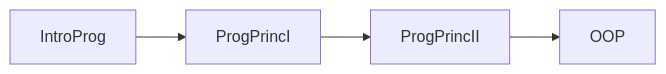
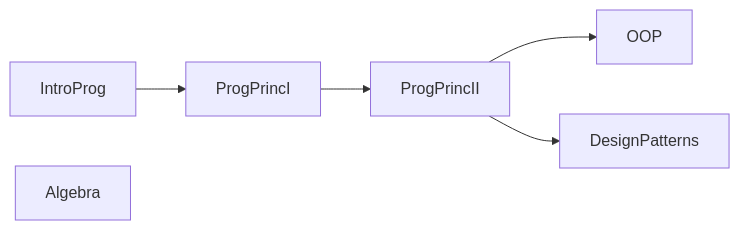
The first of 3 diagrams in README.md (BenagainB/CSDegreeInPython), drawn with Mermaid before and after one commit. The commit also changed other lines of this file, not shown here.

Commit message:
update mermaid

````diff
--- a/README.md
+++ b/README.md
@@ -31,6 +32,8 @@
 ```mermaid
 graph LR;
     IntroProg-->ProgPrincI;
     ProgPrincI-->ProgPrincII;
     ProgPrincII-->OOP;
+    ProgPrincII-->DesignPatterns;
+    Algebra;
 ```
````
